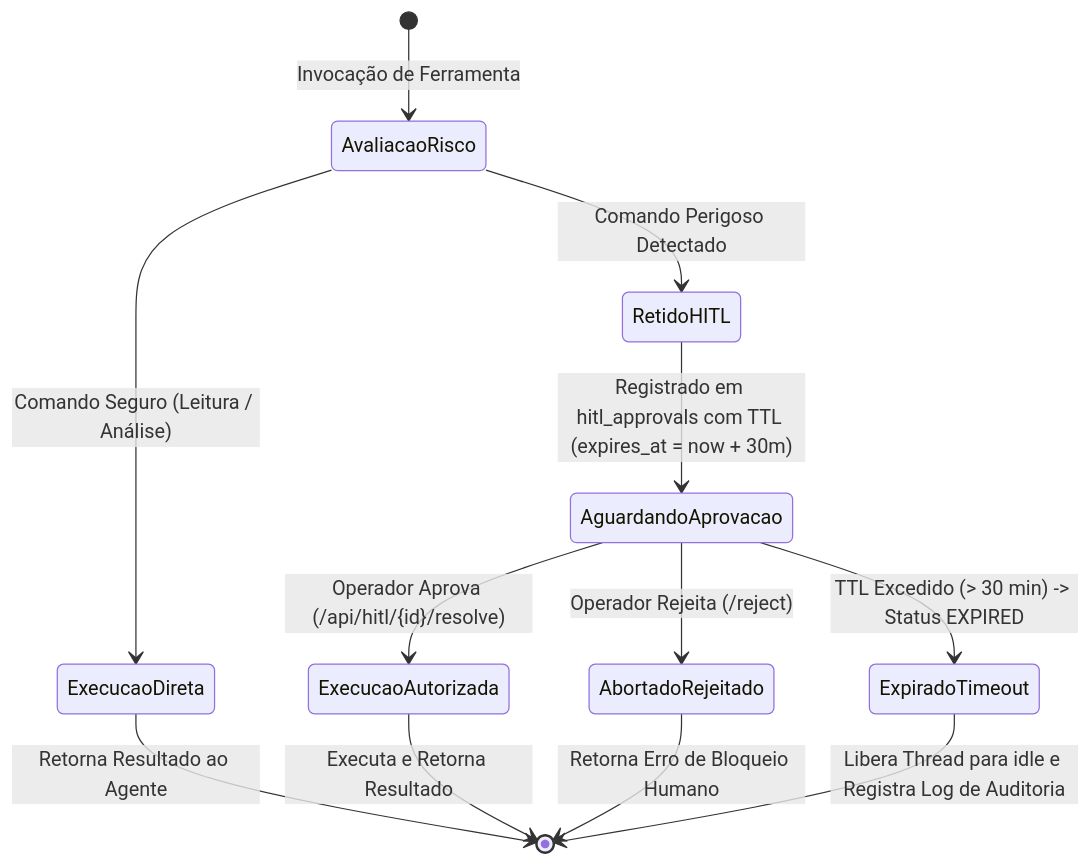
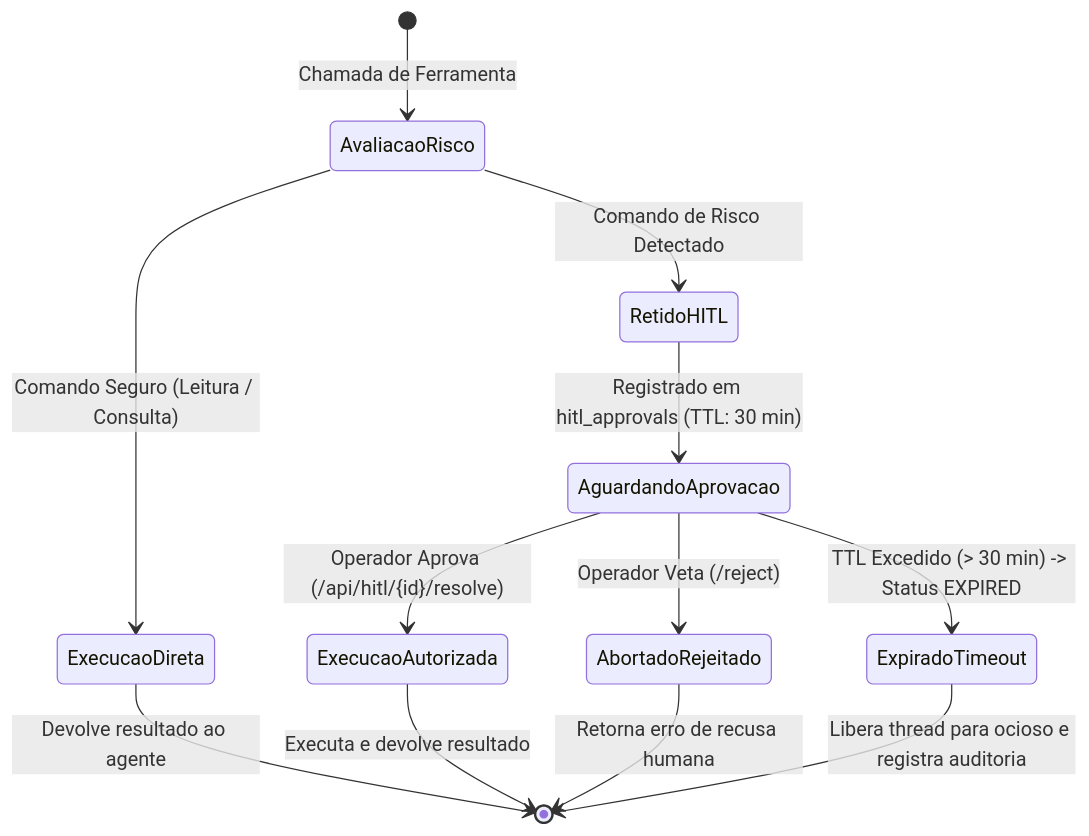
One commit to lyonpamplona/piDots changed the third of 5 diagrams in ARCHITECTURE.md. Above: the diagram before and after it, drawn with Mermaid. The commit also changed other lines of this file and 5 other files, not shown here.

````diff
--- a/ARCHITECTURE.md
+++ b/ARCHITECTURE.md
@@ -130,18 +132,18 @@
 ```mermaid
 stateDiagram-v2
-    [*] --> AvaliacaoRisco: Invocação de Ferramenta
+    [*] --> AvaliacaoRisco: Chamada de Ferramenta
     
-    AvaliacaoRisco --> ExecucaoDireta: Comando Seguro (Leitura / Análise)
-    AvaliacaoRisco --> RetidoHITL: Comando Perigoso Detectado
+    AvaliacaoRisco --> ExecucaoDireta: Comando Seguro (Leitura / Consulta)
+    AvaliacaoRisco --> RetidoHITL: Comando de Risco Detectado
     
-    RetidoHITL --> AguardandoAprovacao: Registrado em hitl_approvals com TTL (expires_at = now + 30m)
+    RetidoHITL --> AguardandoAprovacao: Registrado em hitl_approvals (TTL: 30 min)
     
     AguardandoAprovacao --> ExecucaoAutorizada: Operador Aprova (/api/hitl/{id}/resolve)
-    AguardandoAprovacao --> AbortadoRejeitado: Operador Rejeita (/reject)
+    AguardandoAprovacao --> AbortadoRejeitado: Operador Veta (/reject)
     AguardandoAprovacao --> ExpiradoTimeout: TTL Excedido (> 30 min) -> Status EXPIRED
     
-    ExecucaoDireta --> [*]: Retorna Resultado ao Agente
-    ExecucaoAutorizada --> [*]: Executa e Retorna Resultado
-    AbortadoRejeitado --> [*]: Retorna Erro de Bloqueio Humano
-    ExpiradoTimeout --> [*]: Libera Thread para idle e Registra Log de Auditoria
+    ExecucaoDireta --> [*]: Devolve resultado ao agente
+    ExecucaoAutorizada --> [*]: Executa e devolve resultado
+    AbortadoRejeitado --> [*]: Retorna erro de recusa humana
+    ExpiradoTimeout --> [*]: Libera thread para ocioso e registra auditoria
 ```
````
